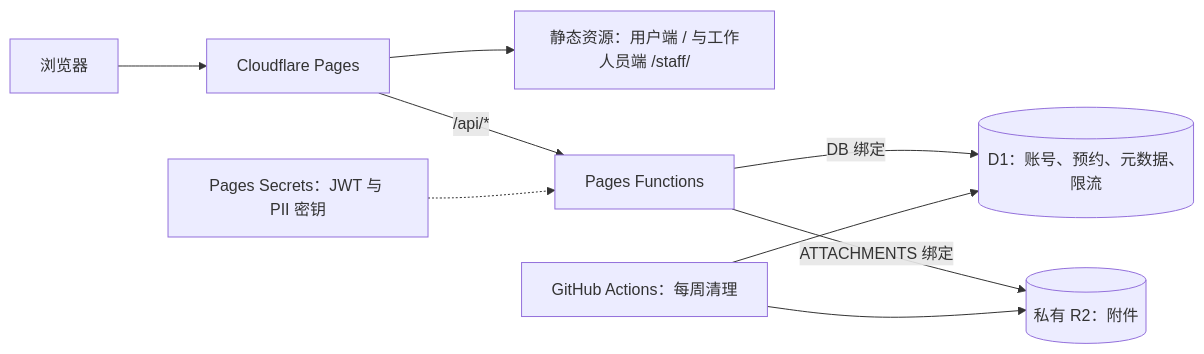
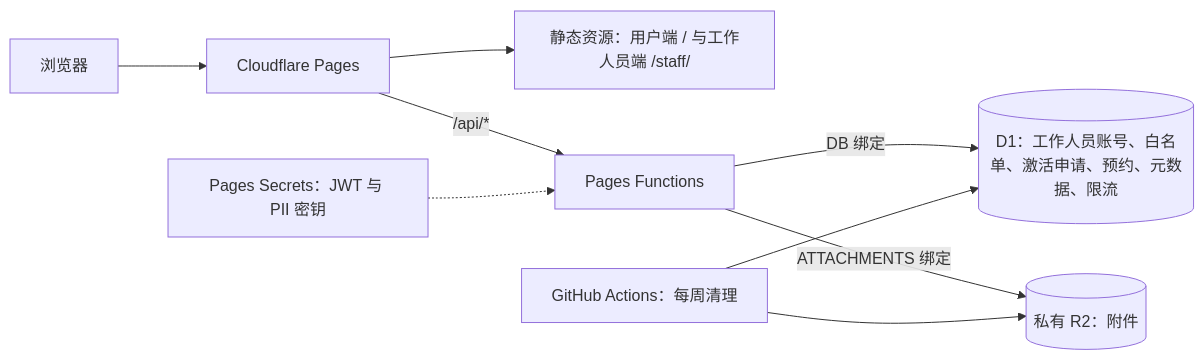
One commit to NEUP-Net-Depart/Pioneer-appointment-system changed the diagram in README.md. Above: the diagram before and after it, drawn with Mermaid. The commit also changed other lines of this file and 26 other files, not shown here.

````diff
--- a/README.md
+++ b/README.md
@@ -14,11 +14,11 @@
 ```mermaid
 flowchart LR
   Browser[浏览器] --> Pages[Cloudflare Pages]
   Pages --> Static[静态资源：用户端 / 与工作人员端 /staff/]
   Pages -->|/api/*| Functions[Pages Functions]
-  Functions -->|DB 绑定| D1[(D1：账号、预约、元数据、限流)]
+  Functions -->|DB 绑定| D1[(D1：工作人员账号、白名单、激活申请、预约、元数据、限流)]
   Functions -->|ATTACHMENTS 绑定| R2[(私有 R2：附件)]
   Secrets[Pages Secrets：JWT 与 PII 密钥] -.-> Functions
   Actions[GitHub Actions：每周清理] --> D1
   Actions --> R2
 ```
````
